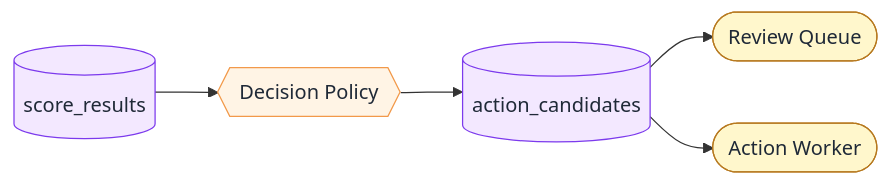
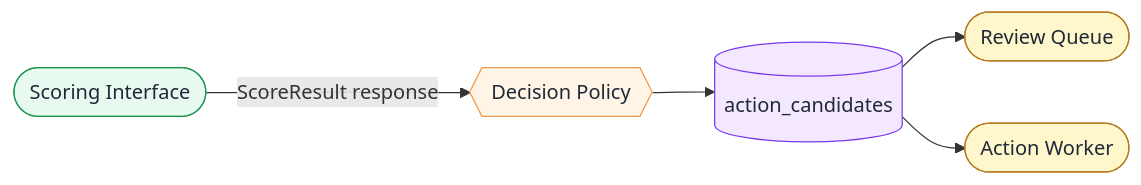
Before and after one commit to tasuku43/abuse-detection-learning: the fifth of 17 diagrams in docs/design/production_scoring_architecture_mermaid_ja.md, drawn with Mermaid. The commit also changed other lines of this file and 3 other files, not shown here.

Commit message:
docs: refine scoring architecture notes

````diff
--- a/docs/design/production_scoring_architecture_mermaid_ja.md
+++ b/docs/design/production_scoring_architecture_mermaid_ja.md
@@ -112,11 +165,12 @@
 ```mermaid
 flowchart LR
+  classDef service fill:#E8FAF0,stroke:#219653,color:#1F2937
   classDef table fill:#F3E8FF,stroke:#7C3AED,color:#1F2937
   classDef decision fill:#FFF4E5,stroke:#F2994A,color:#1F2937
   classDef review fill:#FFF7CC,stroke:#B7791F,color:#1F2937
 
-  SR[(score_results)]:::table --> DP{{Decision Policy}}:::decision
+  API([Scoring Interface]):::service -->|ScoreResult response| DP{{Decision Policy}}:::decision
   DP --> AC[(action_candidates)]:::table
   AC --> RQ([Review Queue]):::review
   AC --> AW([Action Worker]):::review
 ```
````
